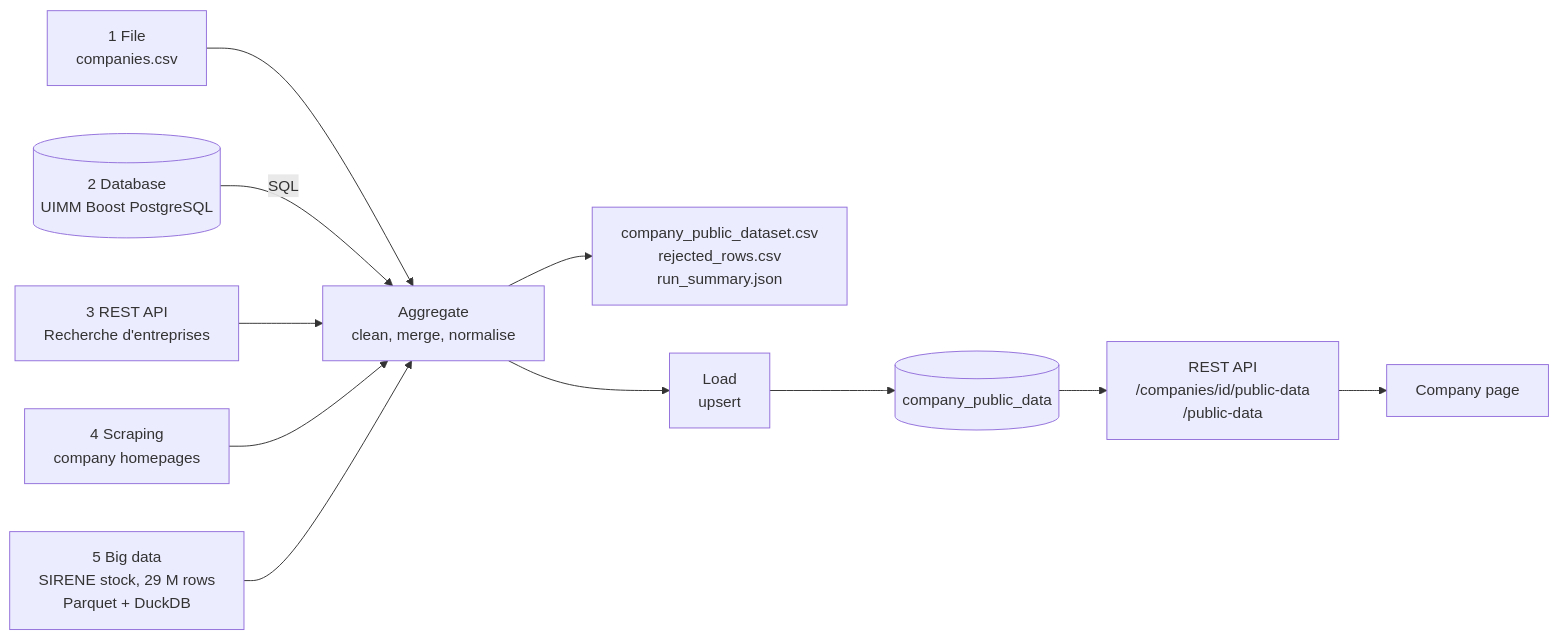
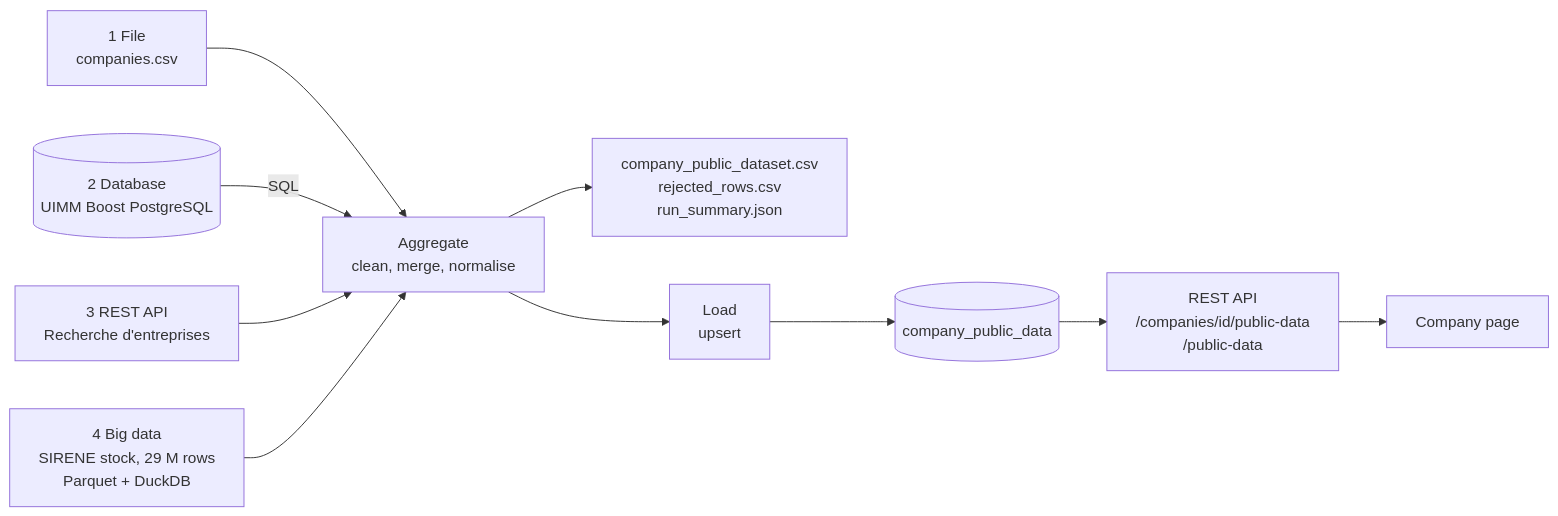
One commit to khrisssss/UIMM_app changed the first of 2 diagrams in Backend/app/pipeline/README.md. Above: the diagram before and after it, drawn with Mermaid. The commit also changed other lines of this file and 15 other files, not shown here.

First line of the commit message:
Remove the scraping source from the data pipeline

````diff
--- a/Backend/app/pipeline/README.md
+++ b/Backend/app/pipeline/README.md
@@ -7,11 +7,10 @@
 ```mermaid
 flowchart LR
     F[1 File<br/>companies.csv] --> A
     D[(2 Database<br/>UIMM Boost PostgreSQL)] -- SQL --> A
     API[3 REST API<br/>Recherche d'entreprises] --> A
-    S[4 Scraping<br/>company homepages] --> A
-    BD[5 Big data<br/>SIRENE stock, 29 M rows<br/>Parquet + DuckDB] --> A
+    BD[4 Big data<br/>SIRENE stock, 29 M rows<br/>Parquet + DuckDB] --> A
     A[Aggregate<br/>clean, merge, normalise] --> CSV[company_public_dataset.csv<br/>rejected_rows.csv<br/>run_summary.json]
     A --> L[Load<br/>upsert] --> T[(company_public_data)]
     T --> R[REST API<br/>/companies/id/public-data<br/>/public-data] --> UI[Company page]
 ```
````
